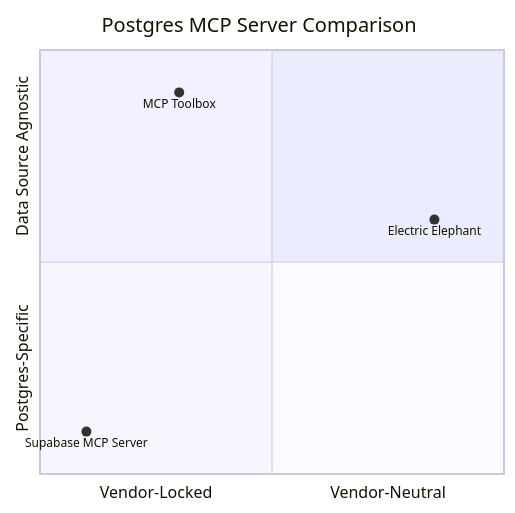
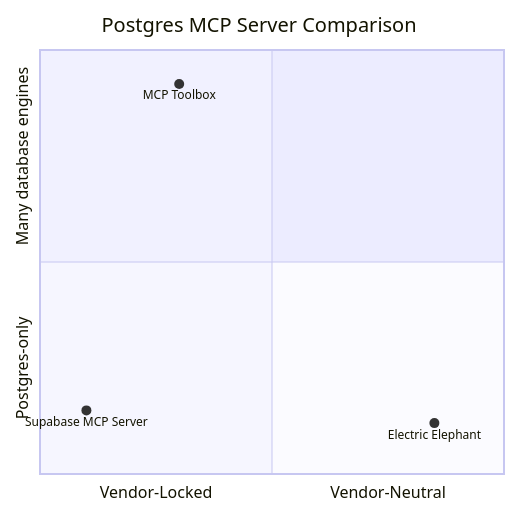
One commit to ajgreyling/electric-elephant changed the diagram in docs/blog/postgres-mcp-server-review-badger-db-mcp.mdx. Above: the diagram before and after it, drawn with Mermaid. The commit also changed other lines of this file and 99 other files, not shown here.

````diff
--- a/docs/blog/postgres-mcp-server-review-badger-db-mcp.mdx
+++ b/docs/blog/postgres-mcp-server-review-badger-db-mcp.mdx
@@ -189,9 +183,9 @@
 ```mermaid
 quadrantChart
     title Postgres MCP Server Comparison
     x-axis Vendor-Locked --> Vendor-Neutral
-    y-axis Postgres-Specific --> Data Source Agnostic
-    Supabase MCP Server: [0.1, 0.1]
-    MCP Toolbox: [0.3, 0.9]
-    Electric Elephant: [0.85, 0.6]
+    y-axis Postgres-only --> Many database engines
+    Supabase MCP Server: [0.1, 0.15]
+    MCP Toolbox: [0.3, 0.92]
+    Electric Elephant: [0.85, 0.12]
 ```
````
